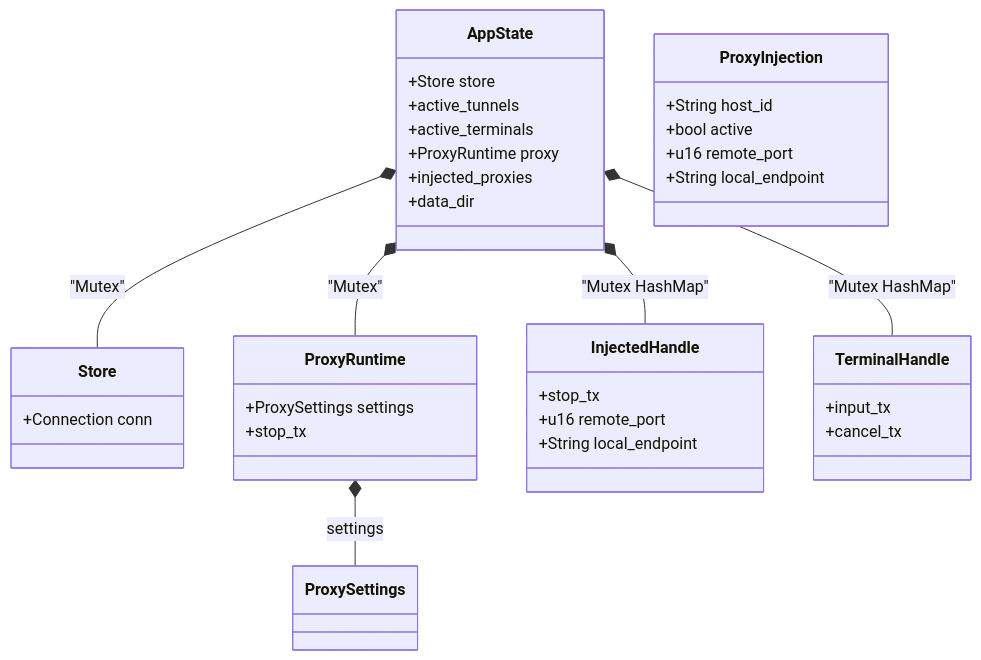
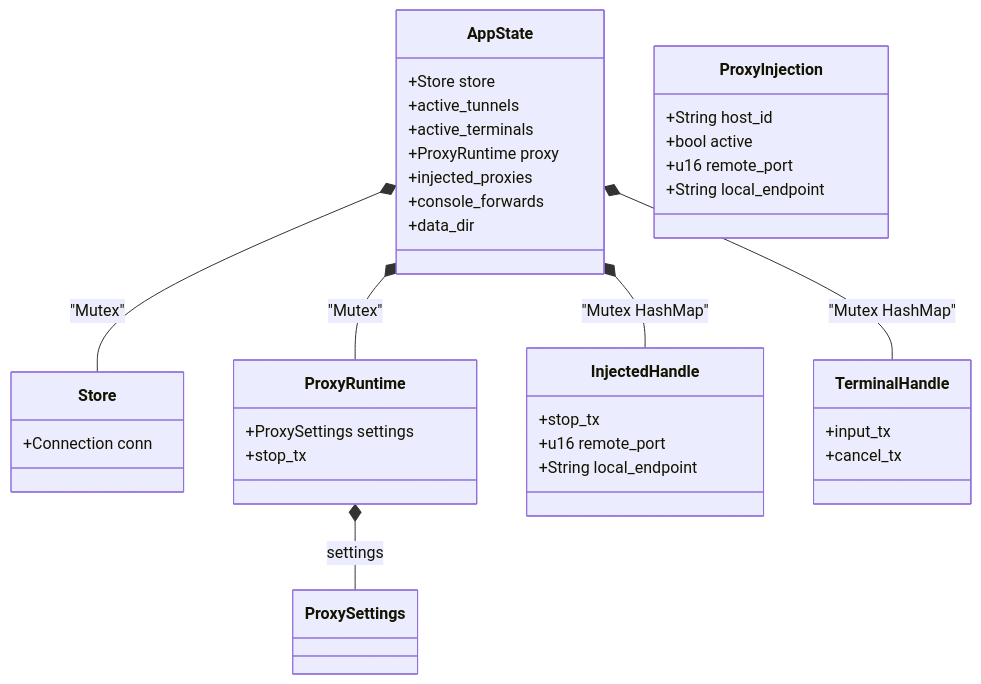
One commit to zhangjianshe/cangling-keeper changed the third of 3 diagrams in README.md. Above: the diagram before and after it, drawn with Mermaid. The commit also changed other lines of this file and 16 other files, not shown here.

````diff
--- a/README.md
+++ b/README.md
@@ -247,39 +249,40 @@
 ```mermaid
 classDiagram
     class AppState {
         +Store store
         +active_tunnels
         +active_terminals
         +ProxyRuntime proxy
         +injected_proxies
+        +console_forwards
         +data_dir
     }
     class Store {
         +Connection conn
     }
     class ProxyRuntime {
         +ProxySettings settings
         +stop_tx
     }
     class InjectedHandle {
         +stop_tx
         +u16 remote_port
         +String local_endpoint
     }
     class TerminalHandle {
         +input_tx
         +cancel_tx
     }
     class ProxyInjection {
         +String host_id
         +bool active
         +u16 remote_port
         +String local_endpoint
     }
 
     AppState *-- Store : "Mutex"
     AppState *-- ProxyRuntime : "Mutex"
     AppState *-- InjectedHandle : "Mutex HashMap"
     AppState *-- TerminalHandle : "Mutex HashMap"
     ProxyRuntime *-- ProxySettings : settings
 ```
````
